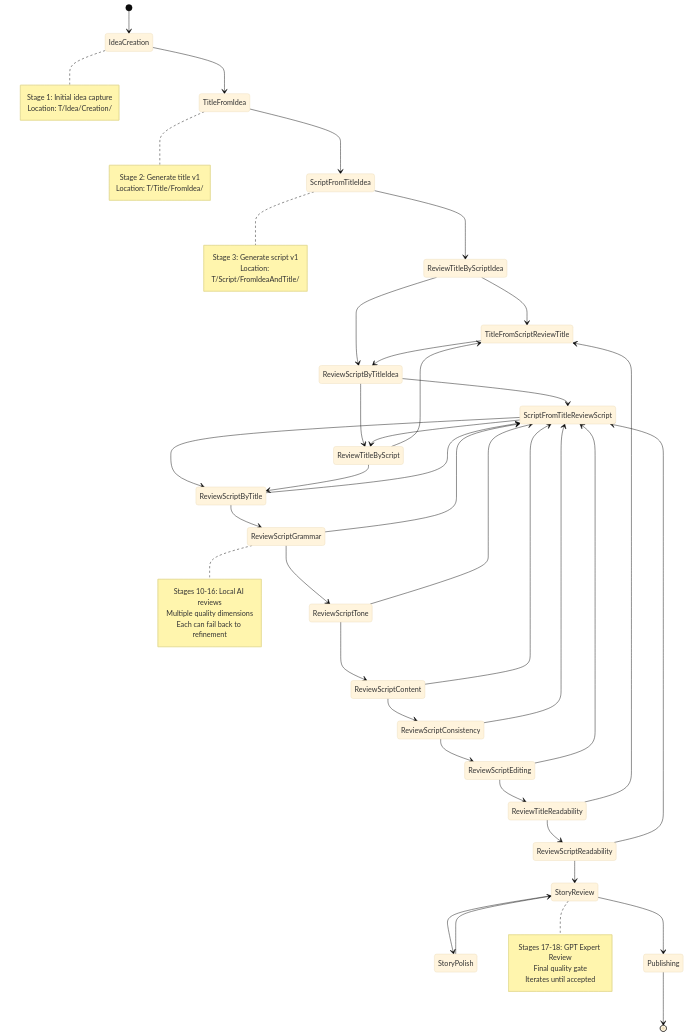
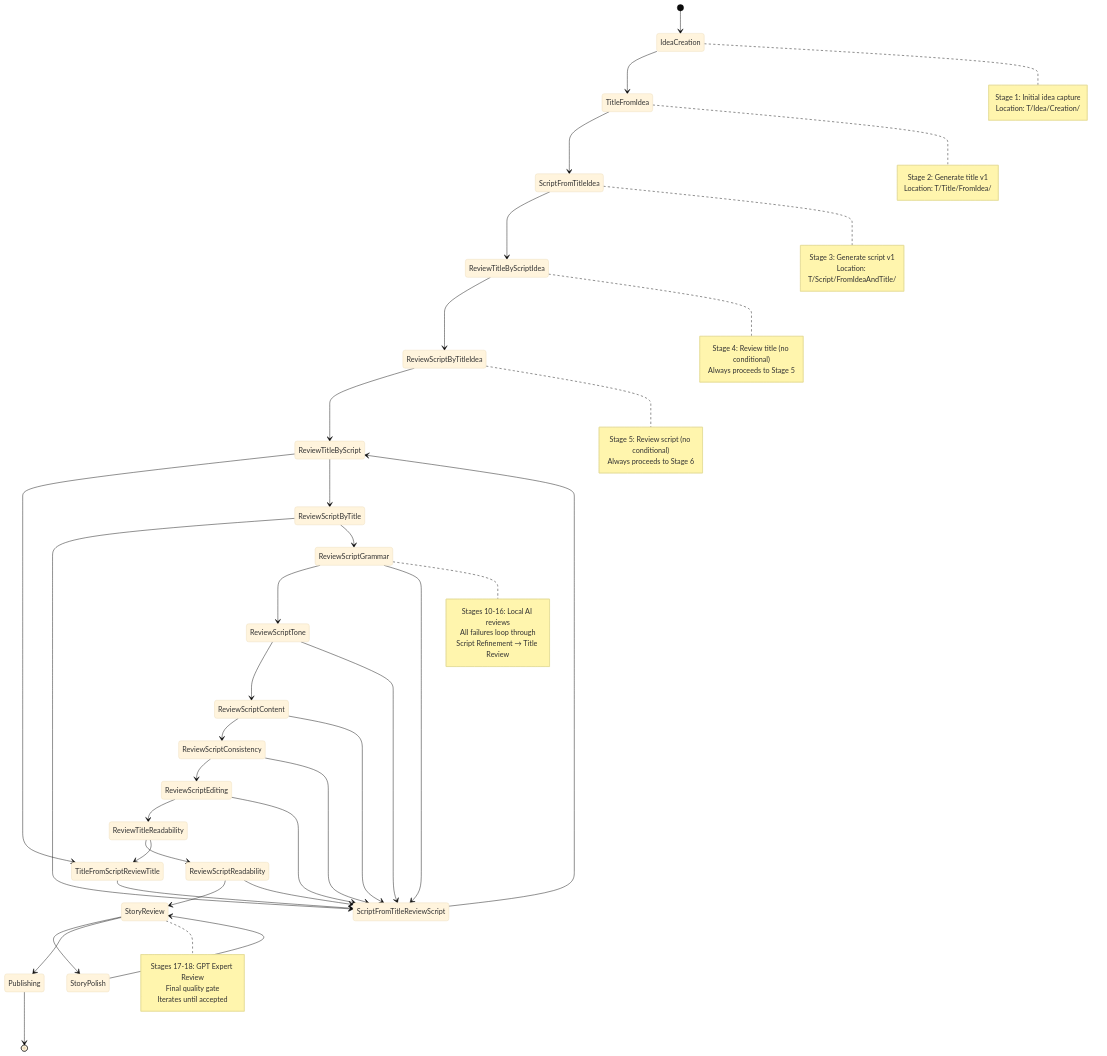
Before and after one commit to Nomoos/PrismQ: the diagram in T/WORKFLOW_STATE_MACHINE.md, drawn with Mermaid (base theme). The commit also changed other lines of this file and 2 other files, not shown here.

Commit message:
Update workflow to match new requirement - remove conditional branches for first two reviews

```diff
--- a/T/WORKFLOW_STATE_MACHINE.md
+++ b/T/WORKFLOW_STATE_MACHINE.md
@@ -12,19 +12,16 @@
     TitleFromIdea --> ScriptFromTitleIdea
     ScriptFromTitleIdea --> ReviewTitleByScriptIdea
     
-    ReviewTitleByScriptIdea --> TitleFromScriptReviewTitle
     ReviewTitleByScriptIdea --> ReviewScriptByTitleIdea
     
-    TitleFromScriptReviewTitle --> ReviewScriptByTitleIdea
-    
-    ReviewScriptByTitleIdea --> ScriptFromTitleReviewScript
     ReviewScriptByTitleIdea --> ReviewTitleByScript
-    
-    ScriptFromTitleReviewScript --> ReviewTitleByScript
-    ScriptFromTitleReviewScript --> ReviewScriptByTitle
     
     ReviewTitleByScript --> TitleFromScriptReviewTitle
     ReviewTitleByScript --> ReviewScriptByTitle
+    
+    TitleFromScriptReviewTitle --> ScriptFromTitleReviewScript
+    
+    ScriptFromTitleReviewScript --> ReviewTitleByScript
     
     ReviewScriptByTitle --> ScriptFromTitleReviewScript
     ReviewScriptByTitle --> ReviewScriptGrammar
@@ -72,10 +69,20 @@
         Location: T/Script/FromIdeaAndTitle/
     end note
     
+    note right of ReviewTitleByScriptIdea
+        Stage 4: Review title (no conditional)
+        Always proceeds to Stage 5
+    end note
+    
+    note right of ReviewScriptByTitleIdea
+        Stage 5: Review script (no conditional)
+        Always proceeds to Stage 6
+    end note
+    
     note right of ReviewScriptGrammar
         Stages 10-16: Local AI reviews
-        Multiple quality dimensions
-        Each can fail back to refinement
+        All failures loop through
+        Script Refinement → Title Review
     end note
     
     note right of StoryReview
```
